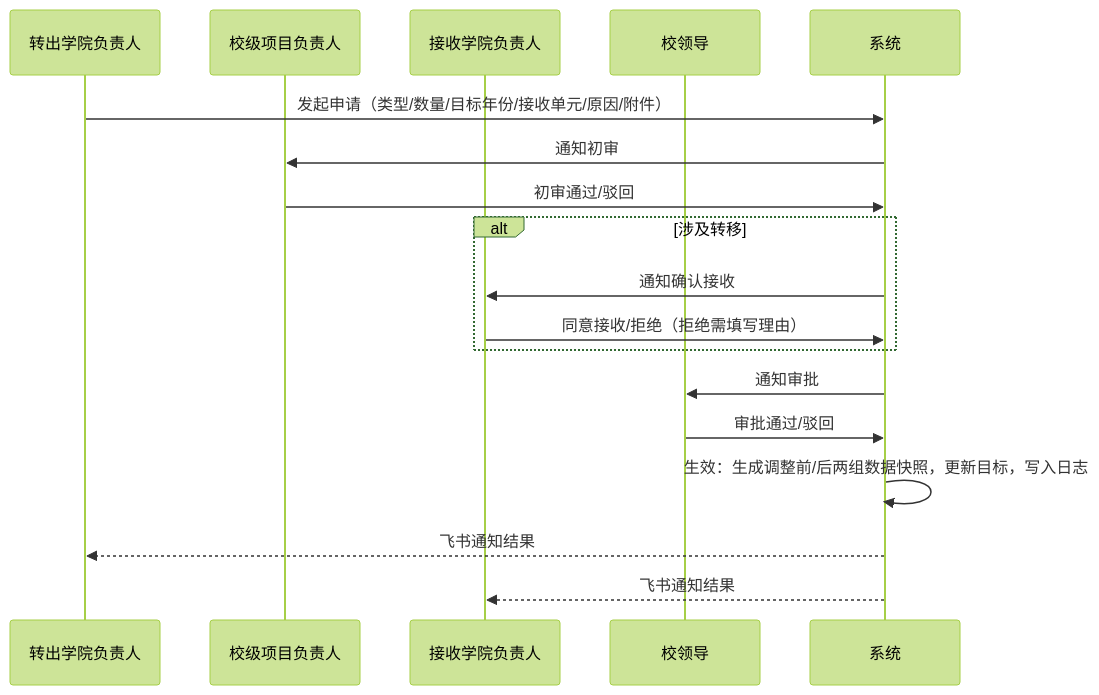
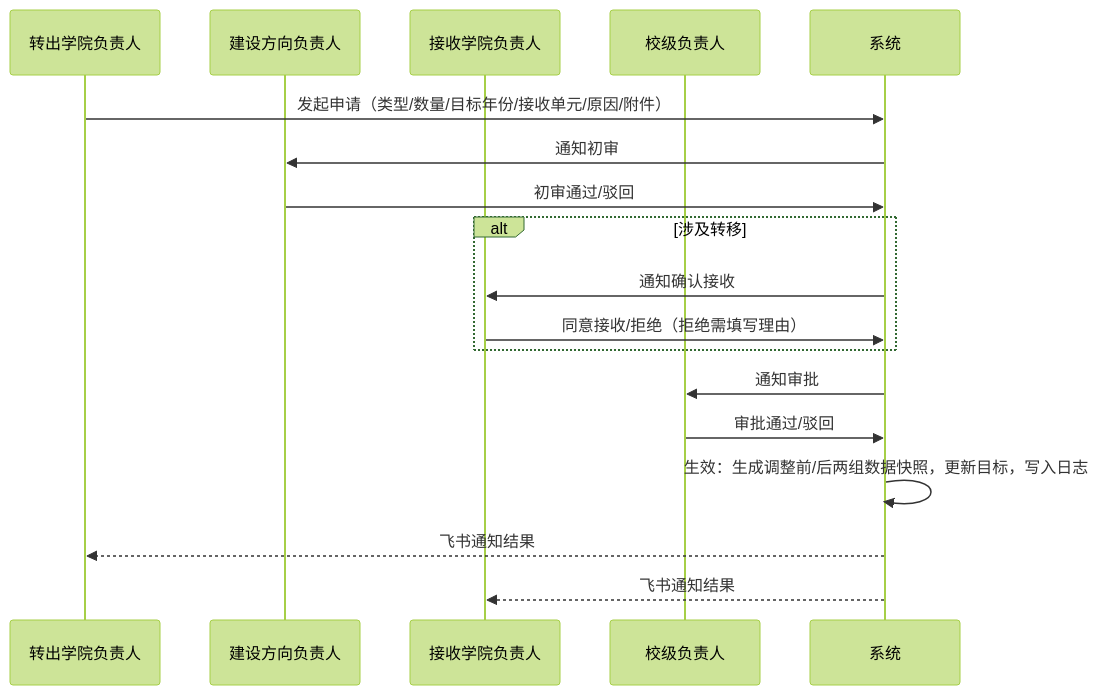
The second of 6 diagrams in docs/五年计划指标管理平台-需求文档.md (encoXJH/FR-Five-Year-Plan), drawn with Mermaid (forest theme) before and after one commit. The commit also changed other lines of this file and 162 other files, not shown here.

````diff
--- a/docs/五年计划指标管理平台-需求文档.md
+++ b/docs/五年计划指标管理平台-需求文档.md
@@ -395,20 +395,20 @@
 ```mermaid
 sequenceDiagram
     participant X as 转出学院负责人
-    participant O as 校级项目负责人
+    participant O as 建设方向负责人
     participant Y as 接收学院负责人
-    participant L as 校领导
+    participant L as 校级负责人
     participant S as 系统
     X->>S: 发起申请（类型/数量/目标年份/接收单元/原因/附件）
     S->>O: 通知初审
     O->>S: 初审通过/驳回
     alt 涉及转移
         S->>Y: 通知确认接收
         Y->>S: 同意接收/拒绝（拒绝需填写理由）
     end
     S->>L: 通知审批
     L->>S: 审批通过/驳回
     S->>S: 生效：生成调整前/后两组数据快照，更新目标，写入日志
     S-->>X: 飞书通知结果
     S-->>Y: 飞书通知结果
 ```
````
